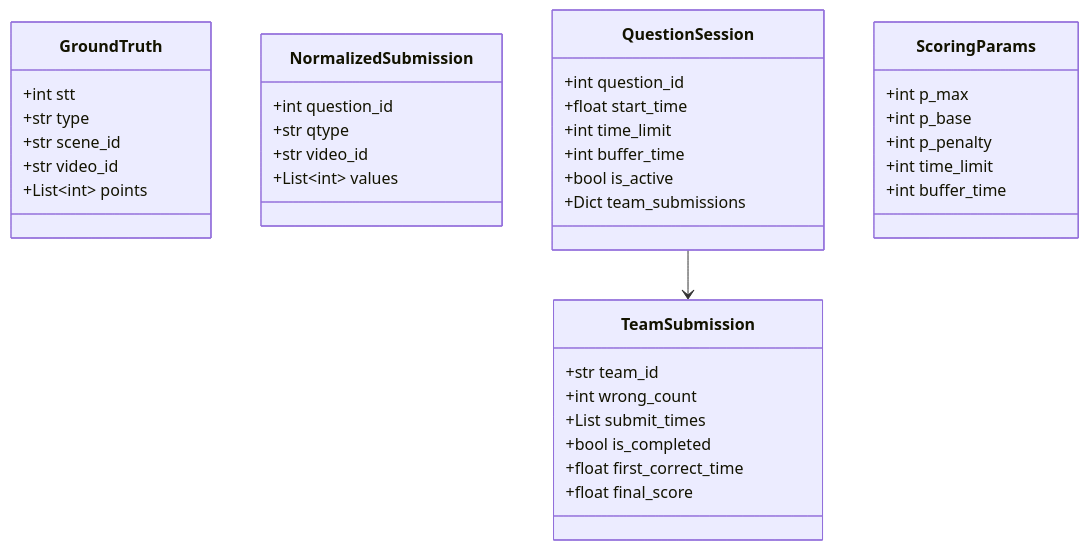
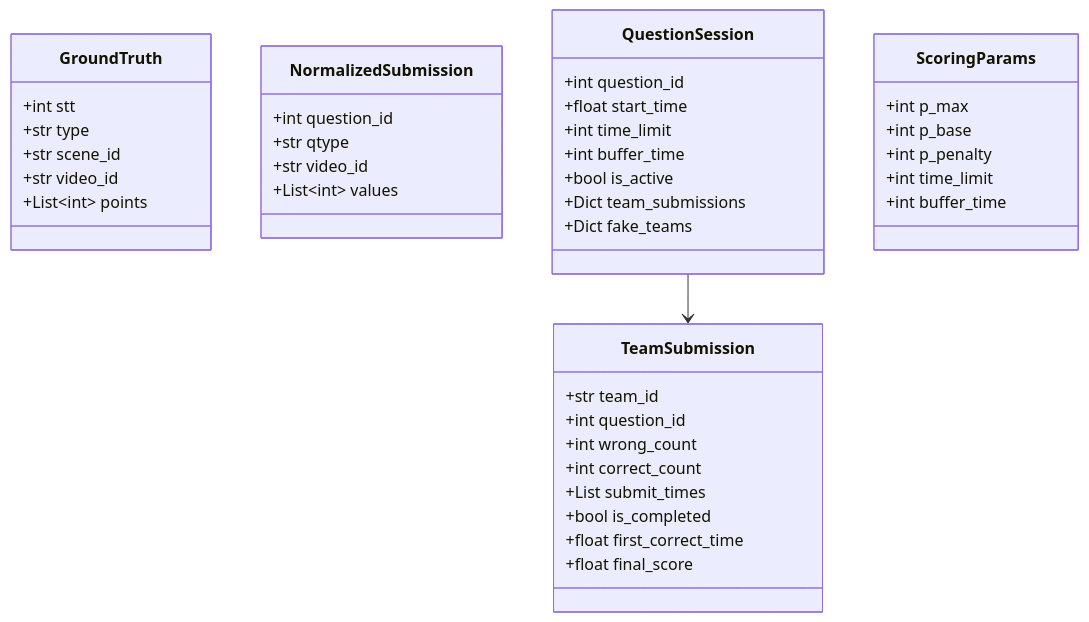
One commit to finalFlash159/mock-server-scoring-api-for-AIC-VBS changed the third of 10 diagrams in docs/system-design.md. Above: the diagram before and after it, drawn with Mermaid. The commit also changed other lines of this file and 13 other files, not shown here.

````diff
--- a/docs/system-design.md
+++ b/docs/system-design.md
@@ -68,45 +82,48 @@
 ```mermaid
 classDiagram
     class GroundTruth {
         +int stt
         +str type
         +str scene_id
         +str video_id
         +List~int~ points
     }
     
     class NormalizedSubmission {
         +int question_id
         +str qtype
         +str video_id
         +List~int~ values
     }
     
     class QuestionSession {
         +int question_id
         +float start_time
         +int time_limit
         +int buffer_time
         +bool is_active
         +Dict team_submissions
+        +Dict fake_teams
     }
     
     class TeamSubmission {
         +str team_id
+        +int question_id
         +int wrong_count
+        +int correct_count
         +List submit_times
         +bool is_completed
         +float first_correct_time
         +float final_score
     }
     
     class ScoringParams {
         +int p_max
         +int p_base
         +int p_penalty
         +int time_limit
         +int buffer_time
     }
     
     QuestionSession --> TeamSubmission
 ```
````
